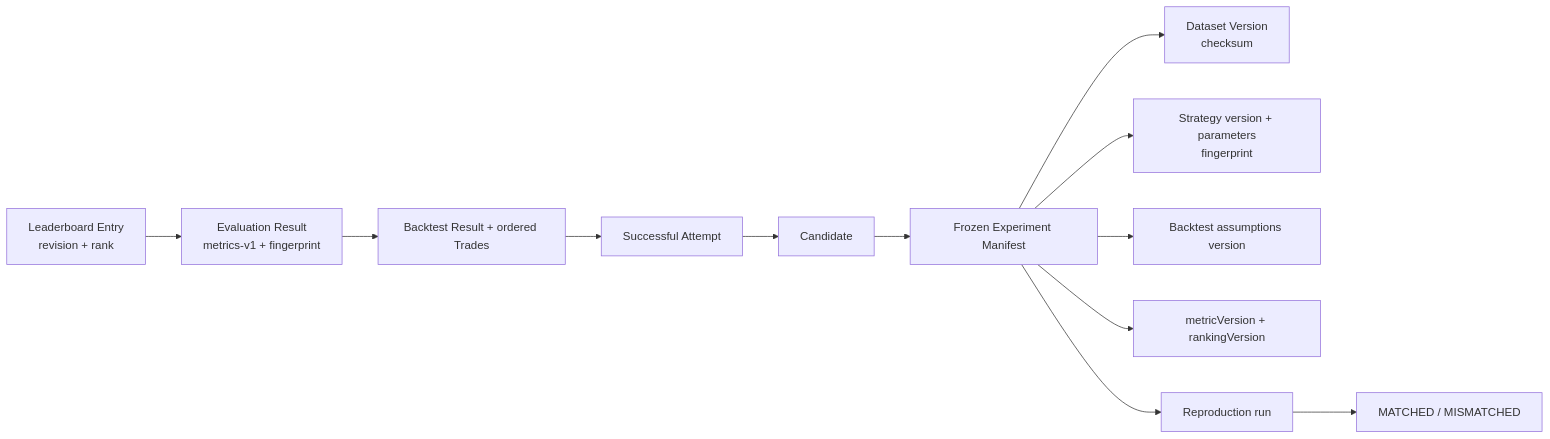
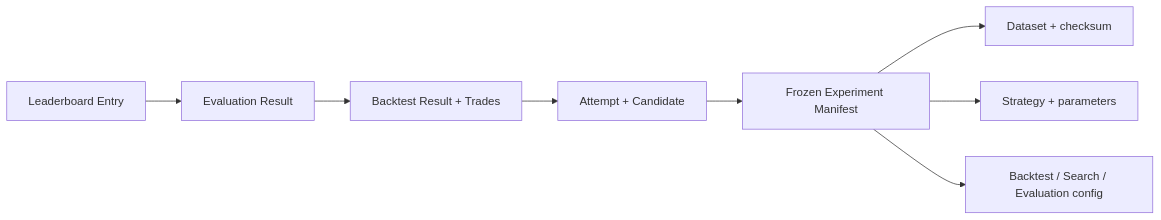
The diagram in docs/questions/10_leaderboard_provenance/answer.md (PhamVanMinhBinhThuan/crypto-strategy-platform), drawn with Mermaid before and after one commit. The commit also changed other lines of this file and 3 other files, not shown here.

````diff
--- a/docs/questions/10_leaderboard_provenance/answer.md
+++ b/docs/questions/10_leaderboard_provenance/answer.md
@@ -9,11 +20,10 @@
 ```mermaid
 flowchart LR
-    ENTRY["Leaderboard Entry\nrevision + rank"] --> EVAL["Evaluation Result\nmetrics-v1 + fingerprint"]
-    EVAL --> RESULT["Backtest Result + ordered Trades"]
-    RESULT --> ATTEMPT["Successful Attempt"] --> CAND["Candidate"] --> EXP["Frozen Experiment Manifest"]
-    EXP --> DATA["Dataset Version\nchecksum"]
-    EXP --> STRAT["Strategy version + parameters\nfingerprint"]
-    EXP --> ASSUME["Backtest assumptions version"]
-    EXP --> VERS["metricVersion + rankingVersion"]
-    EXP --> REPRO["Reproduction run"] --> VERIFY["MATCHED / MISMATCHED"]
+    LB["Leaderboard Entry"] --> EV["Evaluation Result"]
+    EV --> BT["Backtest Result + Trades"]
+    BT --> RUN["Attempt + Candidate"]
+    RUN --> MF["Frozen Experiment Manifest"]
+    MF --> DATA["Dataset + checksum"]
+    MF --> STRATEGY["Strategy + parameters"]
+    MF --> CONFIG["Backtest / Search / Evaluation config"]
 ```
````
